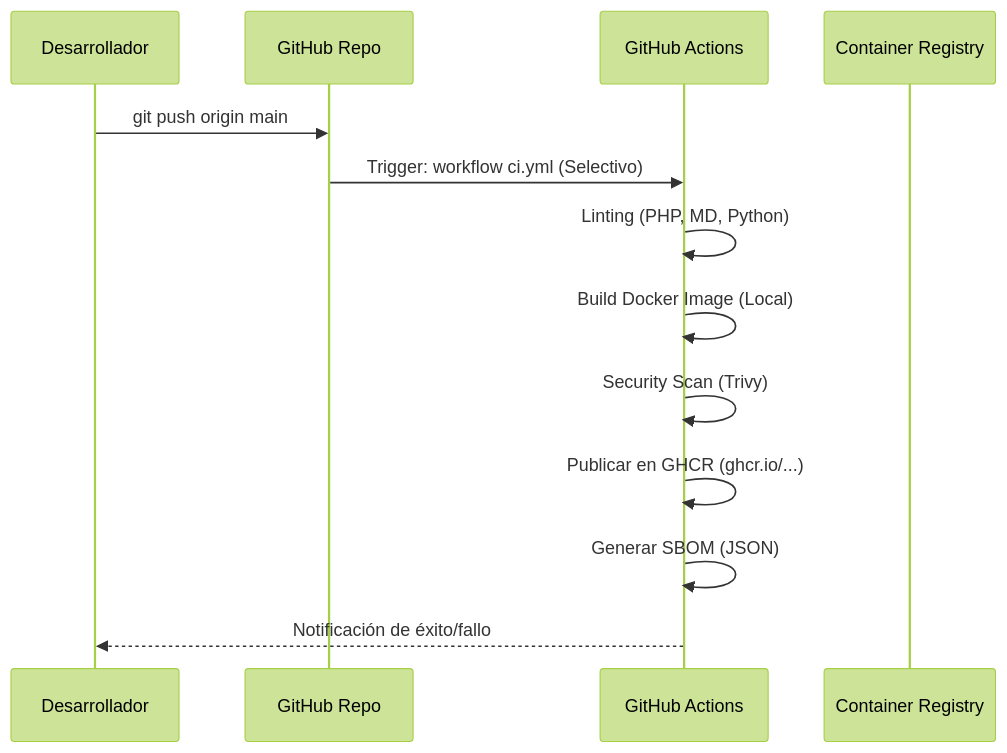
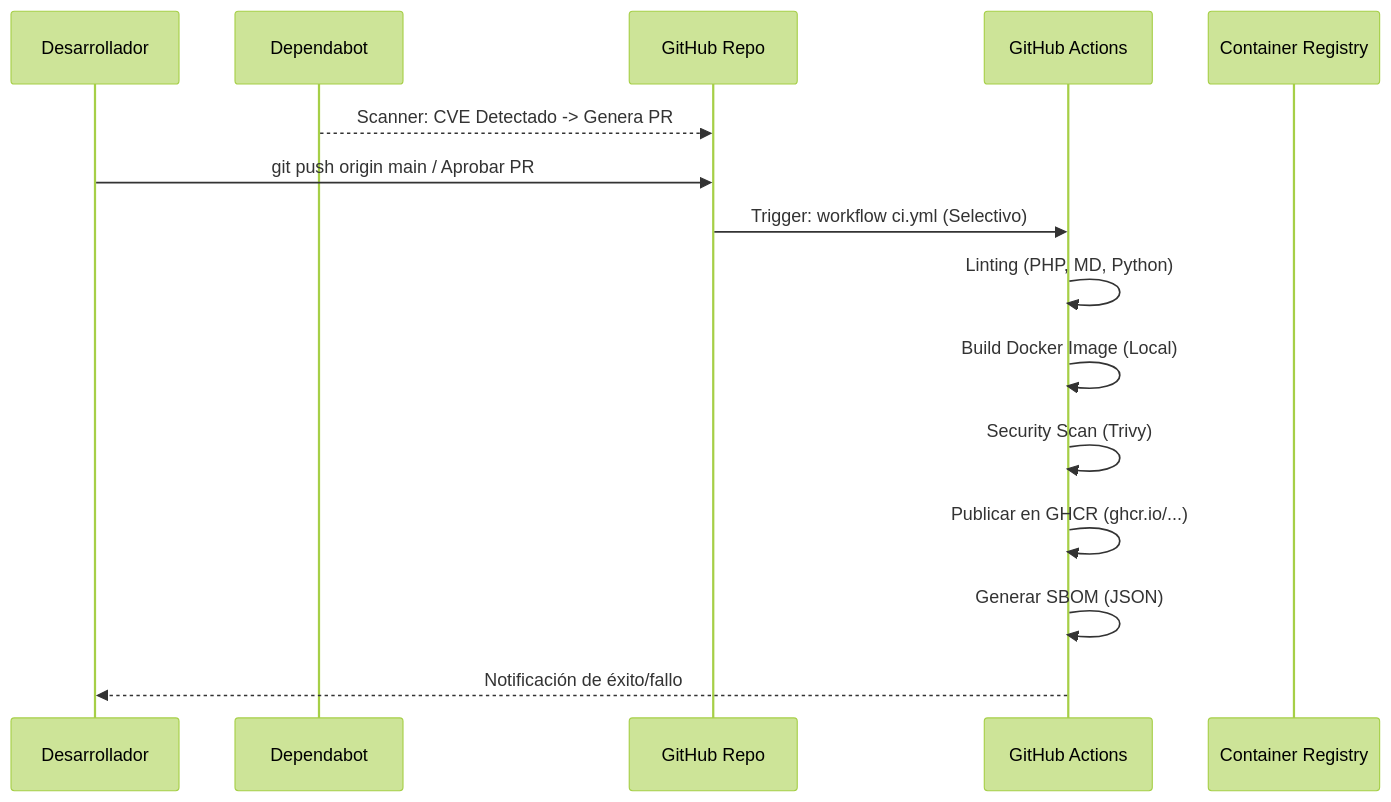
Before and after one commit to vladimiracunadev-create/microsistemas: the second of 3 diagrams in docs/ARCHITECTURE.md, drawn with Mermaid (forest theme). The commit also changed 9 other files, not shown here.

````diff
--- a/docs/ARCHITECTURE.md
+++ b/docs/ARCHITECTURE.md
@@ -118,16 +118,18 @@
 ```mermaid
 sequenceDiagram
     participant Dev as Desarrollador
+    participant Bot as Dependabot
     participant GH as GitHub Repo
     participant GA as GitHub Actions
     participant GHCR as Container Registry
 
-    Dev->>GH: git push origin main
+    Bot-->>GH: Scanner: CVE Detectado -> Genera PR
+    Dev->>GH: git push origin main / Aprobar PR
     GH->>GA: Trigger: workflow ci.yml (Selectivo)
     GA->>GA: Linting (PHP, MD, Python)
     GA->>GA: Build Docker Image (Local)
     GA->>GA: Security Scan (Trivy)
     GA->>GA: Publicar en GHCR (ghcr.io/...)
     GA->>GA: Generar SBOM (JSON)
     GA-->>Dev: Notificación de éxito/fallo
 ```
````
